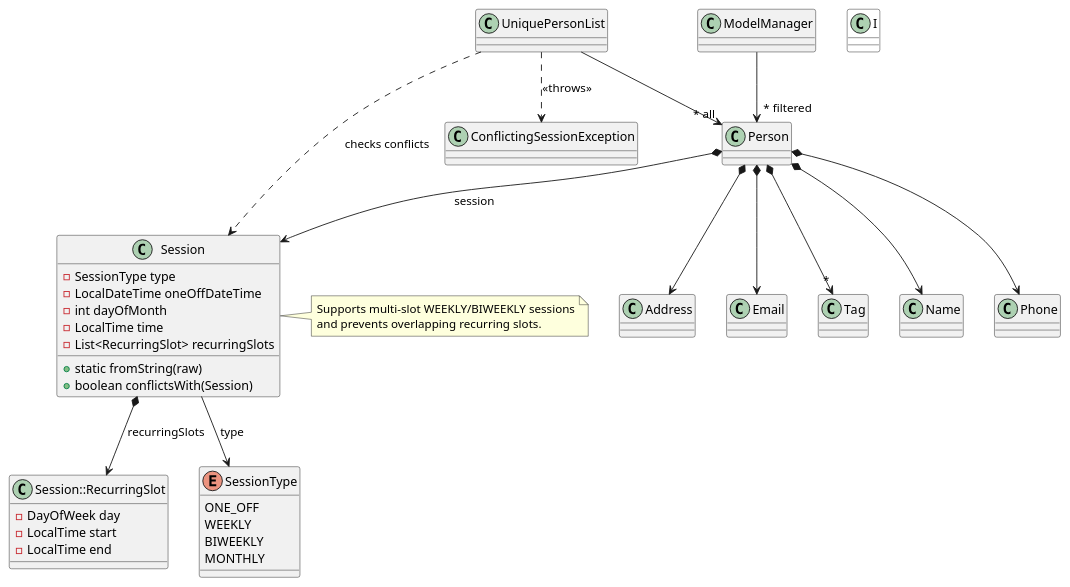
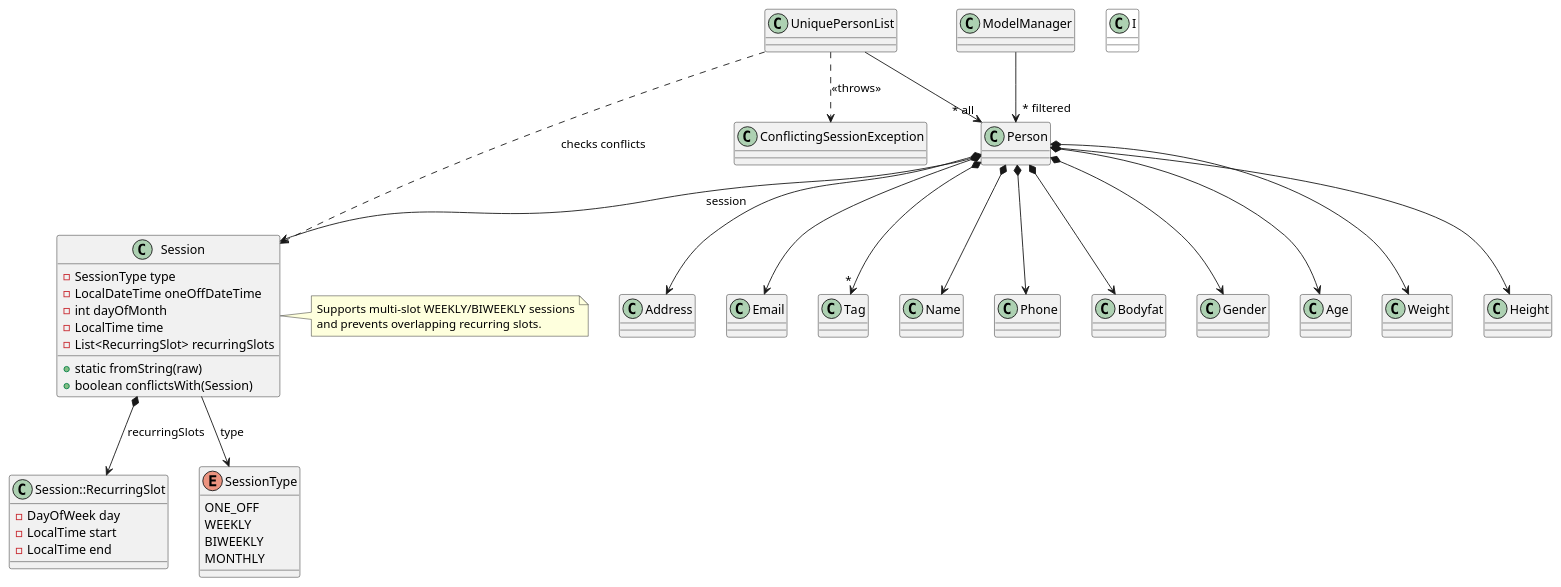
Before and after one commit to AY2526S1-CS2103T-F09-4/tp: the diagram in diagrams/ModelClassDiagram.puml, drawn with PlantUML. The commit also changed 23 other files, not shown here.

```diff
--- a/diagrams/ModelClassDiagram.puml
+++ b/diagrams/ModelClassDiagram.puml
@@ -1,52 +1,57 @@
 @startuml
 
 Class Tag
 
 Class Session {
     -SessionType type
     -LocalDateTime oneOffDateTime
     -int dayOfMonth
     -LocalTime time
     -List<RecurringSlot> recurringSlots
     +static fromString(raw)
     +boolean conflictsWith(Session)
 }
 
 Class "Session::RecurringSlot" as SessionRecurringSlot {
     -DayOfWeek day
     -LocalTime start
     -LocalTime end
 }
 
 Enum SessionType {
     ONE_OFF
     WEEKLY
     BIWEEKLY
     MONTHLY
 }
 
 Class ConflictingSessionException
 
 Class I #FFFFFF
 
 UniquePersonList --> "~* all" Person
 UniquePersonList ..> Session : checks conflicts
 UniquePersonList ..> ConflictingSessionException : <<throws>>
 Person *--> Name
 Person *--> Phone
 Person *--> Email
 Person *--> Address
+Person *--> Bodyfat
+Person *--> Gender
+Person *--> Age
+Person *--> Weight
+Person *--> Height
 Person *--> "*" Tag
 Person *--> Session : session
 Session *--> SessionRecurringSlot : recurringSlots
 Session --> SessionType : type
 
 Address -[hidden]right-> Email
 
 note right of Session
   Supports multi-slot WEEKLY/BIWEEKLY sessions
   and prevents overlapping recurring slots.
 end note
 
 ModelManager --> "~* filtered" Person
 @enduml
```
